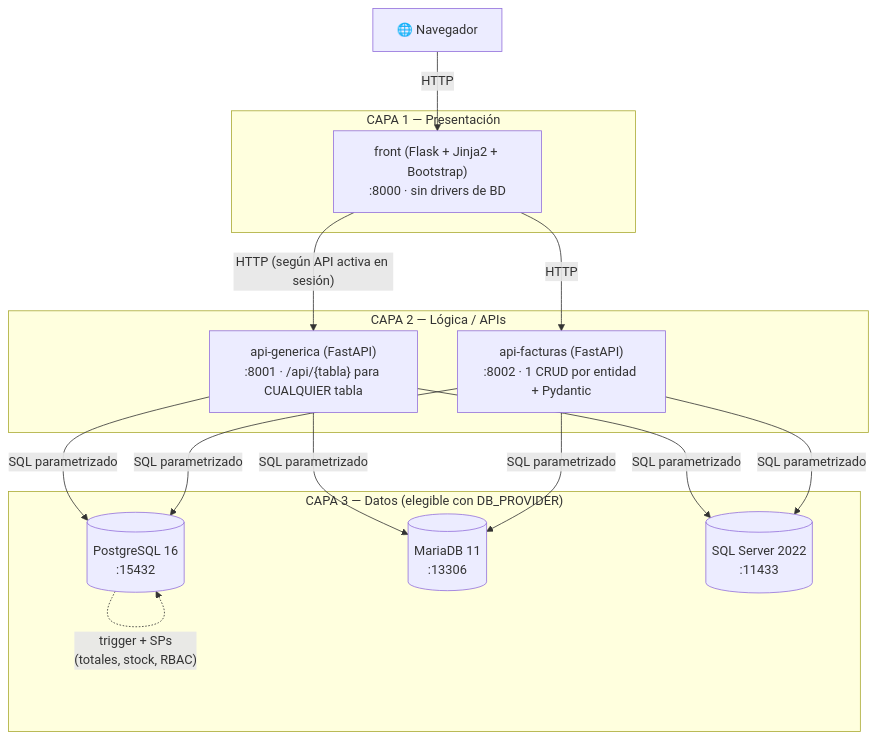
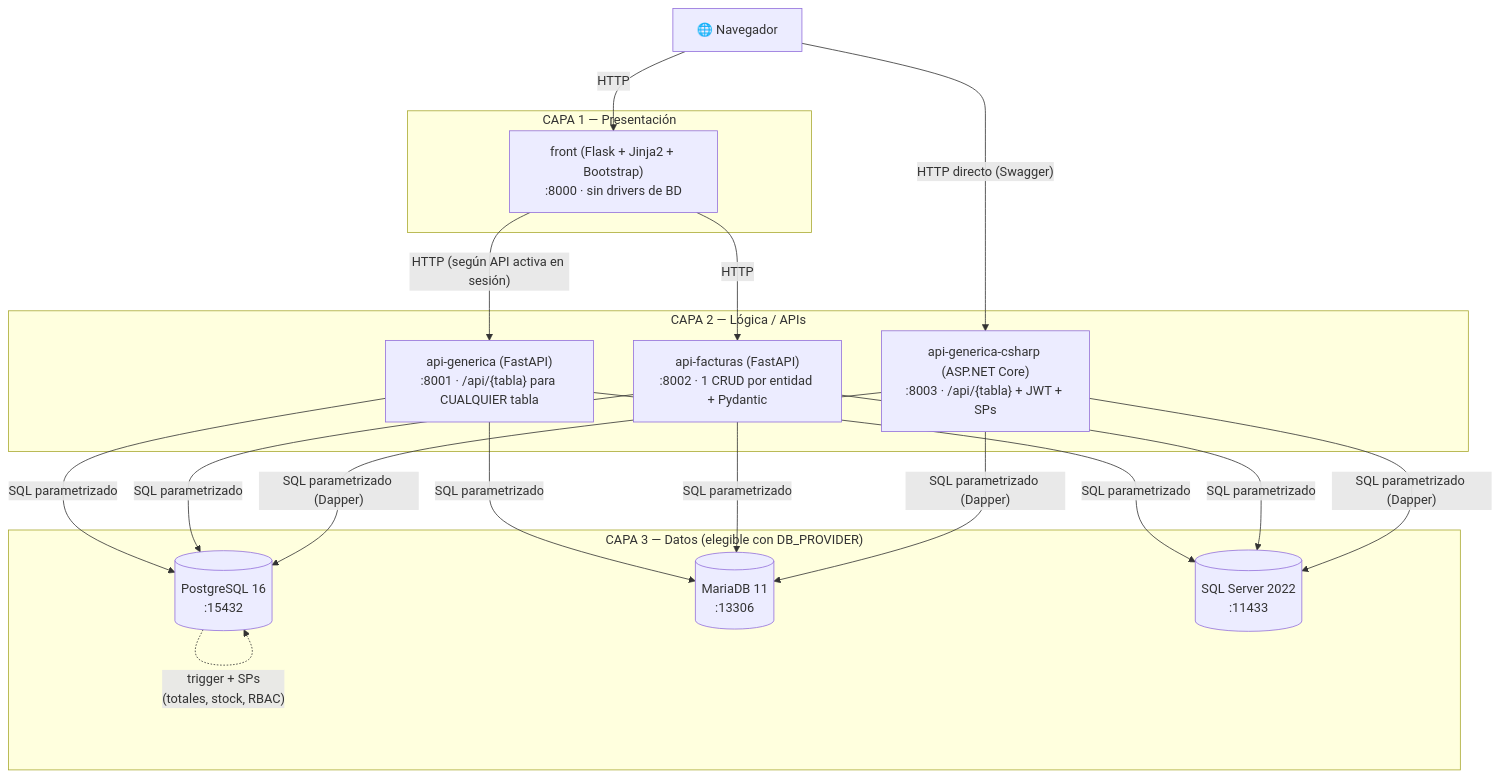
One commit to ccastro2050/proyecto_construccion1 changed the second of 8 diagrams in README.md. Above: the diagram before and after it, drawn with Mermaid. The commit also changed other lines of this file and 41 other files, not shown here.

First line of the commit message:
API Genérica C# (ASP.NET Core / .NET 10) integrada al entorno Docker en el puerto 8003

````diff
--- a/README.md
+++ b/README.md
@@ -129,26 +161,29 @@
 ```mermaid
 flowchart TB
     NAV["🌐 Navegador"]
 
     subgraph CAPA1["CAPA 1 — Presentación"]
         FRONT["front (Flask + Jinja2 + Bootstrap)<br/>:8000 · sin drivers de BD"]
     end
 
     subgraph CAPA2["CAPA 2 — Lógica / APIs"]
         AG["api-generica (FastAPI)<br/>:8001 · /api/{tabla} para CUALQUIER tabla"]
         AF["api-facturas (FastAPI)<br/>:8002 · 1 CRUD por entidad + Pydantic"]
+        AGC["api-generica-csharp (ASP.NET Core)<br/>:8003 · /api/{tabla} + JWT + SPs"]
     end
 
     subgraph CAPA3["CAPA 3 — Datos (elegible con DB_PROVIDER)"]
         PG[("PostgreSQL 16<br/>:15432")]
         MA[("MariaDB 11<br/>:13306")]
         MS[("SQL Server 2022<br/>:11433")]
     end
 
     NAV -->|HTTP| FRONT
+    NAV -->|"HTTP directo (Swagger)"| AGC
     FRONT -->|"HTTP (según API activa en sesión)"| AG
     FRONT -->|HTTP| AF
     AG -->|SQL parametrizado| PG & MA & MS
     AF -->|SQL parametrizado| PG & MA & MS
+    AGC -->|"SQL parametrizado (Dapper)"| PG & MA & MS
     PG -.->|"trigger + SPs<br/>(totales, stock, RBAC)"| PG
 ```
````
